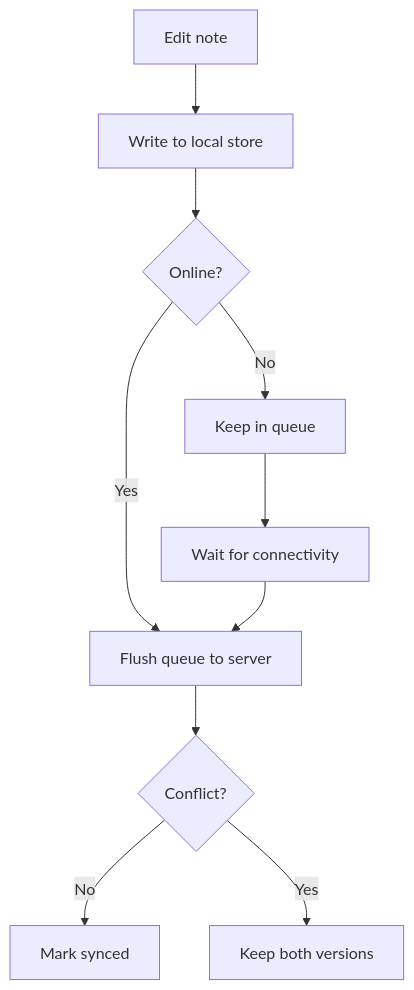
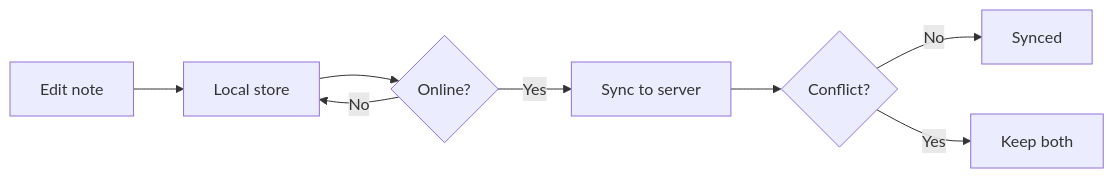
The diagram in docs/demo/sample-review-document.md (nownabe/bark), drawn with Mermaid before and after one commit. The commit also changed other lines of this file, not shown here.

````diff
--- a/docs/demo/sample-review-document.md
+++ b/docs/demo/sample-review-document.md
@@ -66,12 +16,10 @@
 ```mermaid
-flowchart TD
-    A[Edit note] --> B[Write to local store]
+flowchart LR
+    A[Edit note] --> B[Local store]
     B --> C{Online?}
-    C -- Yes --> D[Flush queue to server]
-    C -- No --> E[Keep in queue]
-    E --> F[Wait for connectivity]
-    F --> D
-    D --> G{Conflict?}
-    G -- No --> H[Mark synced]
-    G -- Yes --> I[Keep both versions]
+    C -- Yes --> D[Sync to server]
+    C -- No --> B
+    D --> E{Conflict?}
+    E -- No --> F[Synced]
+    E -- Yes --> G[Keep both]
 ```
````
